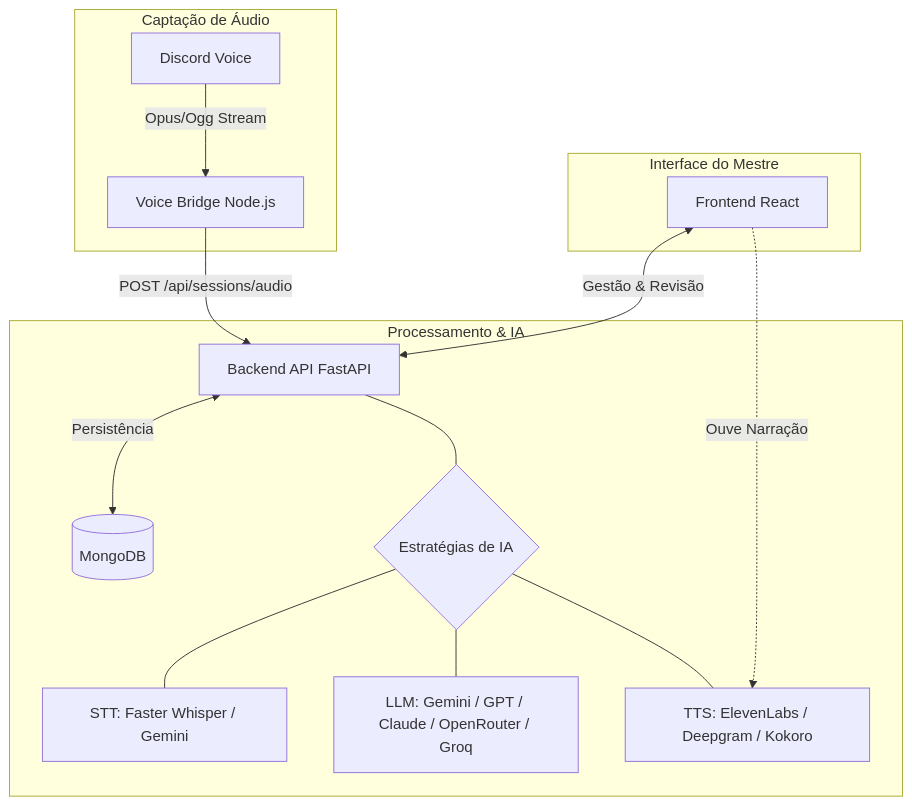
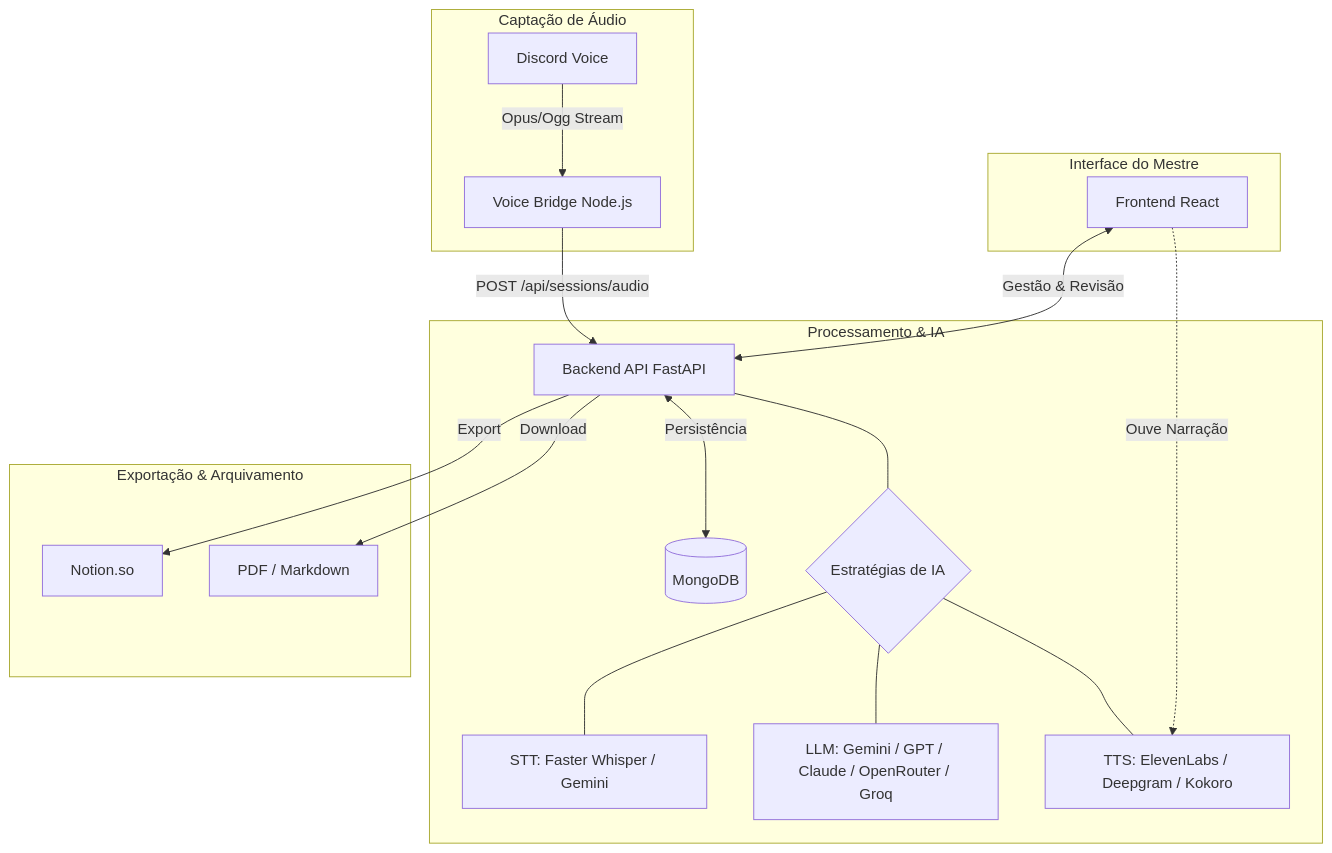
The diagram in README.md (mukasc/EchoBot), drawn with Mermaid before and after one commit. The commit also changed other lines of this file and 17 other files, not shown here.

First line of the commit message:
feat: implement professional export (Notion, PDF, MD) and centralize security

````diff
--- a/README.md
+++ b/README.md
@@ -32,31 +33,39 @@
 ```mermaid
 graph TD
     subgraph "Captação de Áudio"
         A[Discord Voice] -->|Opus/Ogg Stream| B[Voice Bridge Node.js]
     end
 
     subgraph "Processamento & IA"
         C[Backend API FastAPI]
         D[(MongoDB)]
         E{Estratégias de IA}
         
         E1[STT: Faster Whisper / Gemini]
         E2[LLM: Gemini / GPT / Claude / OpenRouter / Groq]
         E3[TTS: ElevenLabs / Deepgram / Kokoro]
     end
 
     subgraph "Interface do Mestre"
         G[Frontend React]
     end
 
+    subgraph "Exportação & Arquivamento"
+        F[Notion.so]
+        H[PDF / Markdown]
+    end
+
     B -->|POST /api/sessions/audio| C
     C <-->|Persistência| D
     
     C --- E
     E --- E1
     E --- E2
     E --- E3
     
+    C -->|Export| F
+    C -->|Download| H
+    
     G <-->|Gestão & Revisão| C
     G -.->|Ouve Narração| E3
 ```
````
